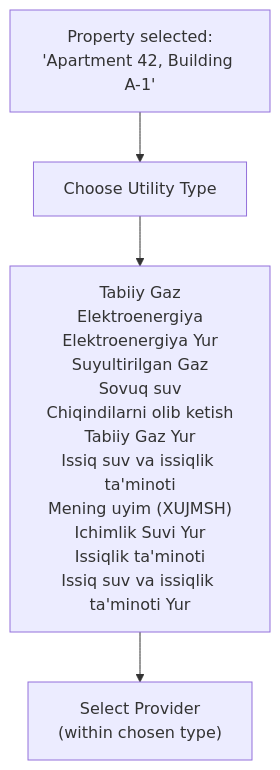
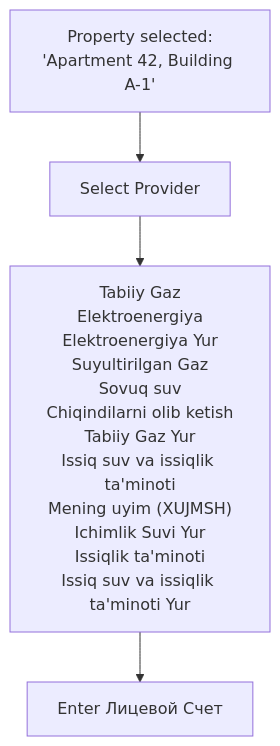
Before and after one commit to saodatm-dev/Utilities---Informational-Architecture: the third of 10 diagrams in utilities-payment-userflow.md, drawn with Mermaid. The commit also changed other lines of this file and 8 other files, not shown here.

Commit message:
feat: Refine utility payment user flow by making owner-pre-filled account numbers read-only for tenants, streamlining payment options, and removing outdated assets.

````diff
--- a/utilities-payment-userflow.md
+++ b/utilities-payment-userflow.md
@@ -111,9 +104,9 @@
 ```mermaid
 flowchart TD
-    PROP["Property selected:<br/>'Apartment 42, Building A-1'"] --> UTIL_TYPE["Choose Utility Type"]
+    PROP["Property selected:<br/>'Apartment 42, Building A-1'"] --> UTIL_TYPE["Select Provider"]
 
     UTIL_TYPE --> UT_LIST["Tabiiy Gaz<br/>Elektroenergiya<br/>Elektroenergiya Yur<br/>Suyultirilgan Gaz<br/>Sovuq suv<br/>Chiqindilarni olib ketish<br/>Tabiiy Gaz Yur<br/>Issiq suv va issiqlik ta'minoti<br/>Mening uyim (XUJMSH)<br/>Ichimlik Suvi Yur<br/>Issiqlik ta'minoti<br/>Issiq suv va issiqlik ta'minoti Yur"]
 
-    UT_LIST --> PROVIDER["Select Provider<br/>(within chosen type)"]
+    UT_LIST --> PROVIDER["Enter Лицевой Счет"]
 
 ```
````
